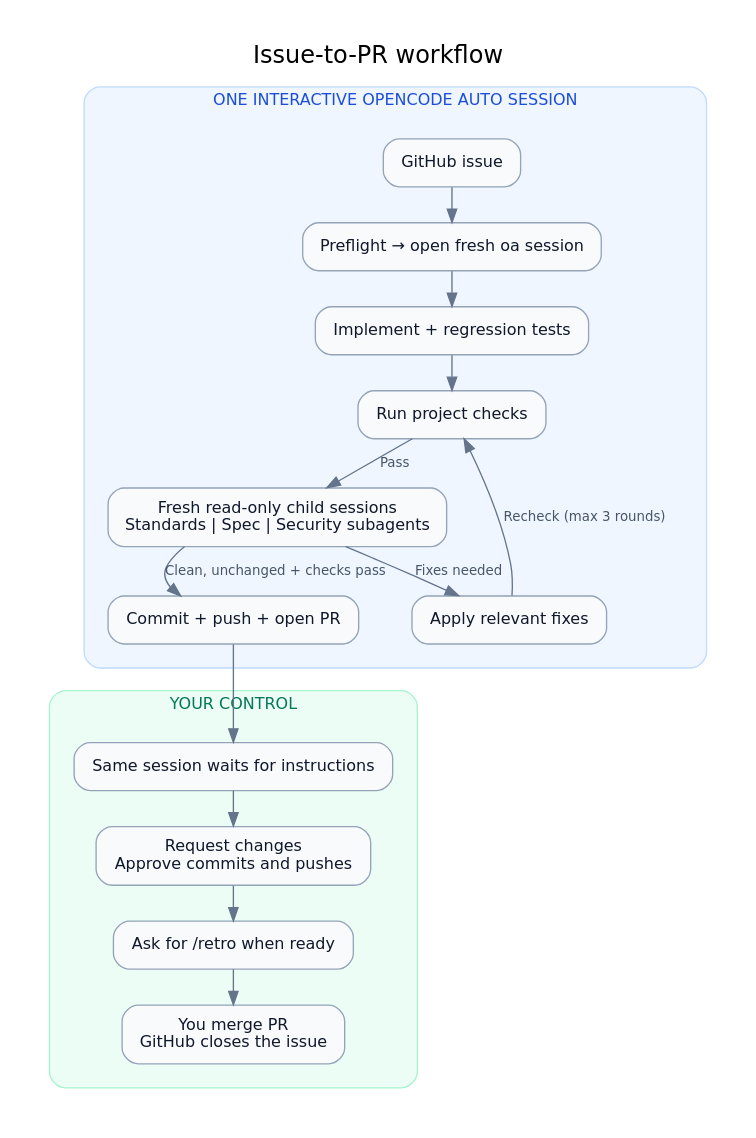
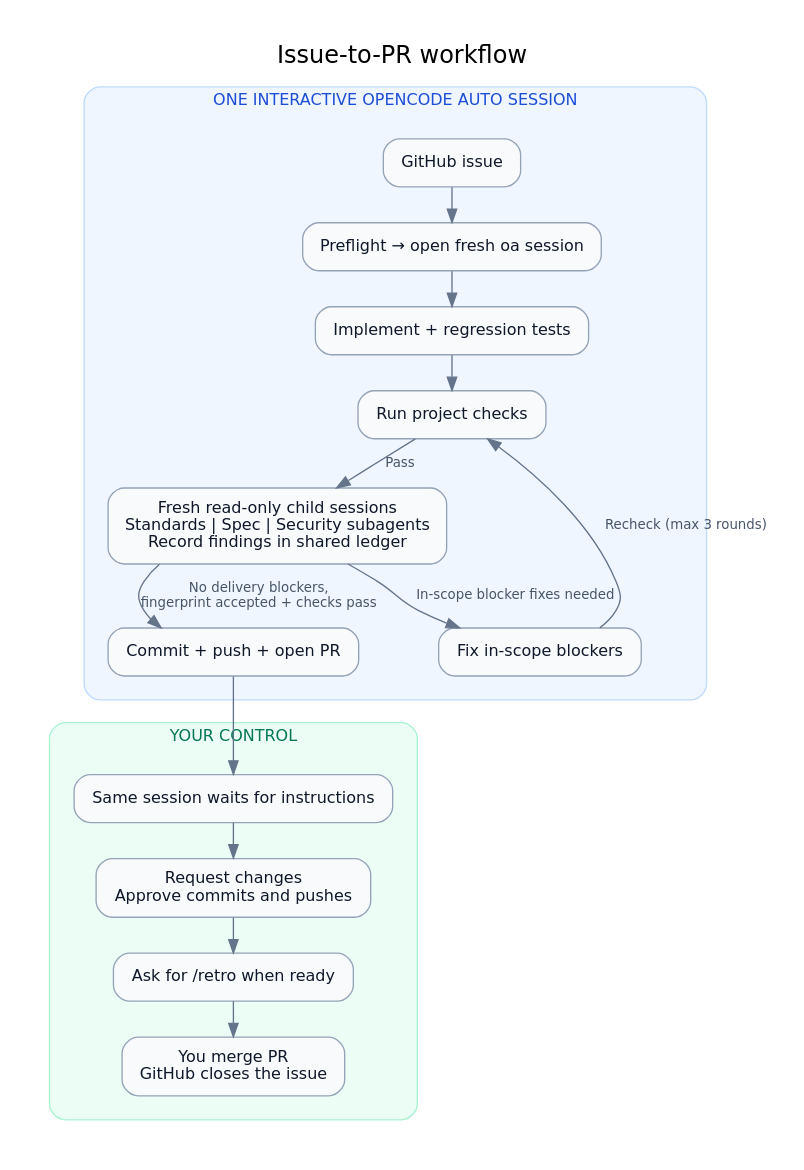
One commit to jcergolj/operarius changed the diagram in docs/workflow.dot. Above: the diagram before and after it, drawn with Graphviz. The commit also changed 4 other files, not shown here.

Commit message:
Separate review findings from delivery blockers

```diff
--- a/docs/workflow.dot
+++ b/docs/workflow.dot
@@ -1,57 +1,57 @@
 digraph workflow {
     graph [
         rankdir=TB, bgcolor="#ffffff", pad=0.3,
         nodesep=0.4, ranksep=0.35,
         fontname="DejaVu Sans", fontsize=18,
         label="Issue-to-PR workflow", labelloc=t
     ];
     node [
         shape=box, style="rounded,filled", margin="0.2,0.12",
         fontname="DejaVu Sans", fontsize=12,
         color="#94a3b8", fillcolor="#f8fafc", fontcolor="#0f172a"
     ];
     edge [fontname="DejaVu Sans", fontsize=10, color="#64748b", fontcolor="#475569"];
 
     subgraph cluster_automated {
         label="ONE INTERACTIVE OPENCODE AUTO SESSION";
         fontsize=12;
         fontcolor="#1d4ed8";
         color="#bfdbfe";
         style="rounded,filled";
         fillcolor="#eff6ff";
         margin=18;
 
         issue [label="GitHub issue"];
         session [label="Preflight → open fresh oa session"];
         implement [label="Implement + regression tests"];
         checks [label="Run project checks"];
-        review [label="Fresh read-only child sessions\nStandards | Spec | Security subagents"];
-        fixes [label="Apply relevant fixes"];
+        review [label="Fresh read-only child sessions\nStandards | Spec | Security subagents\nRecord findings in shared ledger"];
+        fixes [label="Fix in-scope blockers"];
         pr [label="Commit + push + open PR"];
 
         issue -> session -> implement -> checks;
         checks -> review [label="Pass"];
-        review -> fixes [label="Fixes needed"];
+        review -> fixes [label="In-scope blocker fixes needed"];
         fixes -> checks [label="Recheck (max 3 rounds)"];
-        review -> pr [label="Clean, unchanged + checks pass"];
+        review -> pr [label="No delivery blockers,\nfingerprint accepted + checks pass"];
     }
 
     subgraph cluster_human {
         label="YOUR CONTROL";
         fontsize=12;
         fontcolor="#047857";
         color="#a7f3d0";
         style="rounded,filled";
         fillcolor="#ecfdf5";
         margin=18;
 
         handoff [label="Same session waits for instructions"];
         changes [label="Request changes\nApprove commits and pushes"];
         retro [label="Ask for /retro when ready"];
         merge [label="You merge PR\nGitHub closes the issue"];
 
         handoff -> changes -> retro -> merge;
     }
 
     pr -> handoff;
 }
```
